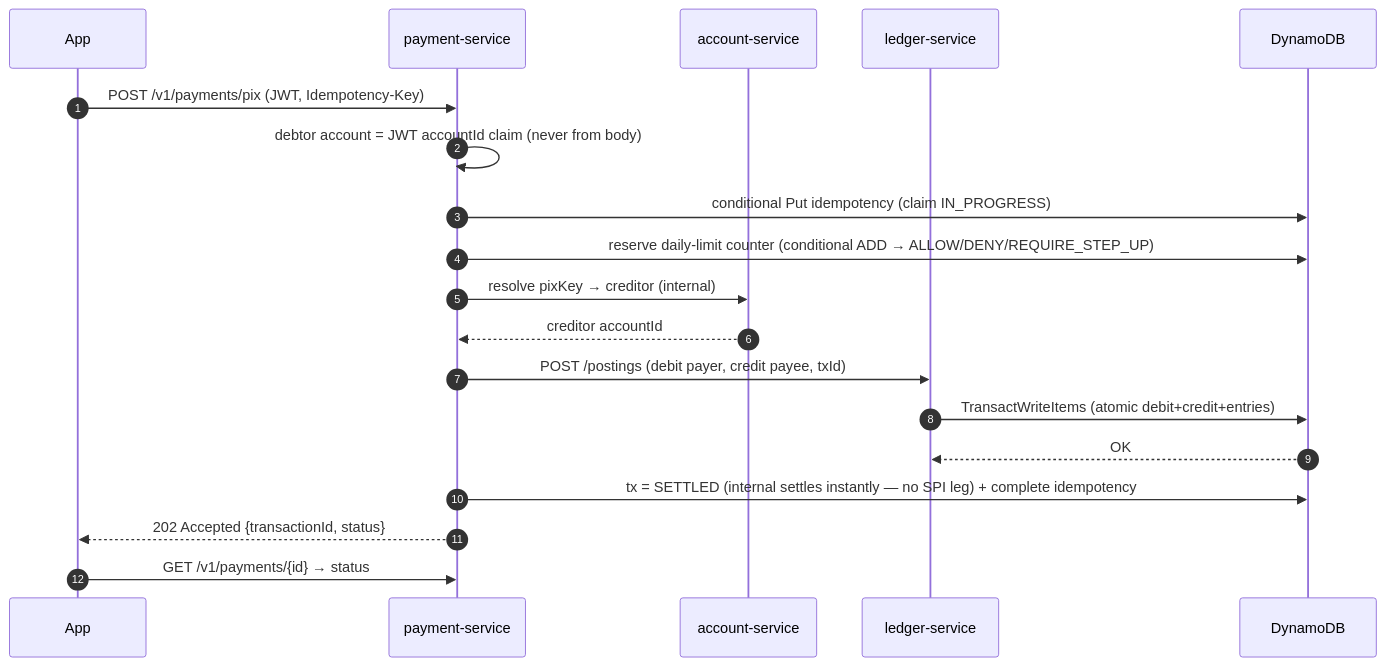
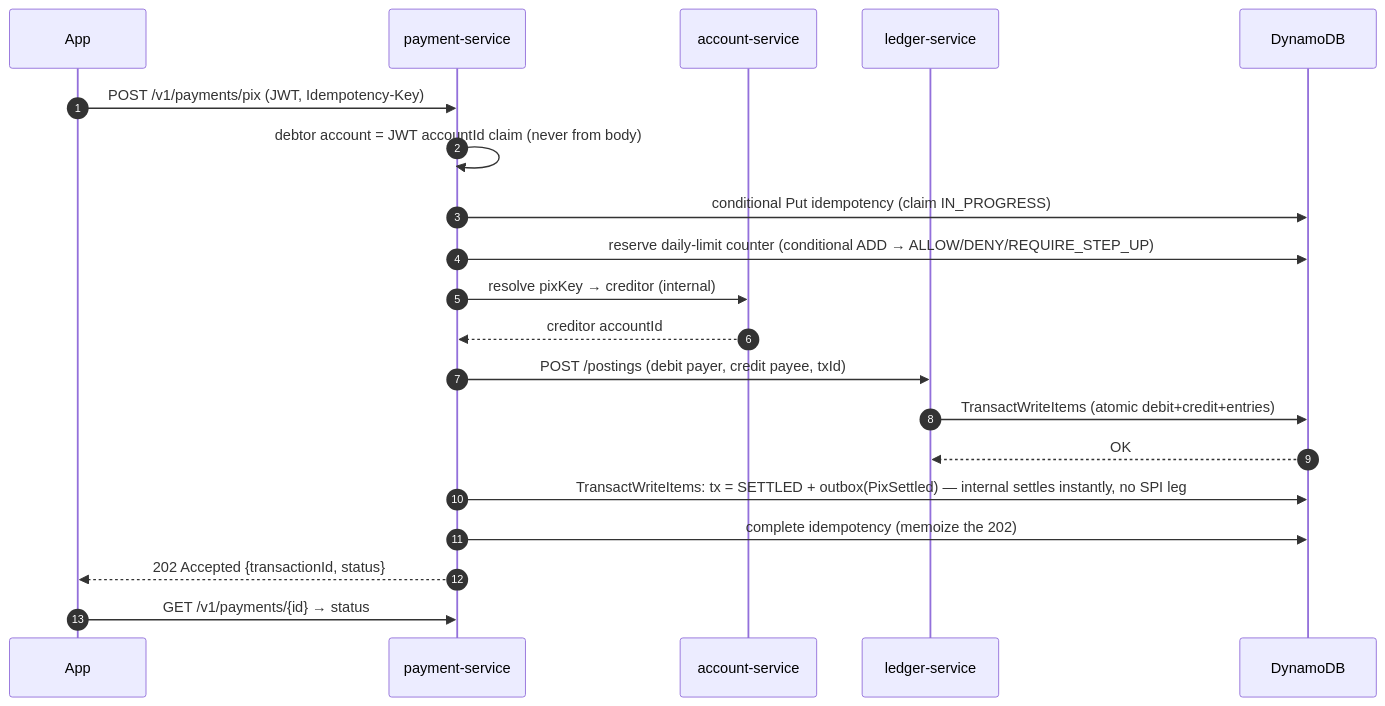
One commit to filiperibolli/platinumcoin-pix changed the eighth of 16 diagrams in ARCHITECTURE.md. Above: the diagram before and after it, drawn with Mermaid. The commit also changed other lines of this file and 19 other files, not shown here.

````diff
--- a/ARCHITECTURE.md
+++ b/ARCHITECTURE.md
@@ -440,21 +440,22 @@
 ```mermaid
 sequenceDiagram
     autonumber
     participant App
     participant PAY as payment-service
     participant ACC as account-service
     participant LED as ledger-service
     participant DDB as DynamoDB
     App->>PAY: POST /v1/payments/pix (JWT, Idempotency-Key)
     PAY->>PAY: debtor account = JWT accountId claim (never from body)
     PAY->>DDB: conditional Put idempotency (claim IN_PROGRESS)
     PAY->>DDB: reserve daily-limit counter (conditional ADD → ALLOW/DENY/REQUIRE_STEP_UP)
     PAY->>ACC: resolve pixKey → creditor (internal)
     ACC-->>PAY: creditor accountId
     PAY->>LED: POST /postings (debit payer, credit payee, txId)
     LED->>DDB: TransactWriteItems (atomic debit+credit+entries)
     DDB-->>LED: OK
-    PAY->>DDB: tx = SETTLED (internal settles instantly — no SPI leg) + complete idempotency
+    PAY->>DDB: TransactWriteItems: tx = SETTLED + outbox(PixSettled) — internal settles instantly, no SPI leg
+    PAY->>DDB: complete idempotency (memoize the 202)
     PAY-->>App: 202 Accepted {transactionId, status}
     App->>PAY: GET /v1/payments/{id} → status
 ```
````
